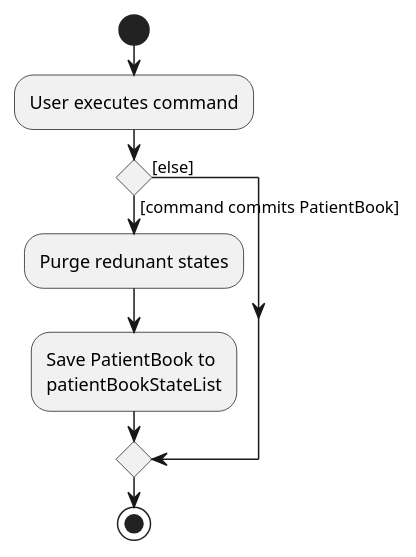
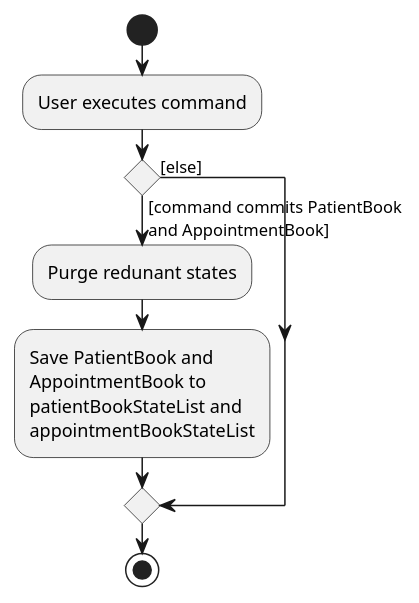
The diagram in docs/diagrams/CommitActivityDiagram.puml (xz0127/tp), drawn with PlantUML before and after one commit. The commit also changed 16 other files, not shown here.

```diff
--- a/docs/diagrams/CommitActivityDiagram.puml
+++ b/docs/diagrams/CommitActivityDiagram.puml
@@ -1,15 +1,18 @@
 @startuml
 start
 :User executes command;
 
 'Since the beta syntax does not support placing the condition outside the
 'diamond we place it as the true branch instead.
 
-if () then ([command commits PatientBook])
+if () then ([command commits PatientBook
+and AppointmentBook])
     :Purge redunant states;
-    :Save PatientBook to
-    patientBookStateList;
+    :Save PatientBook and
+    AppointmentBook to
+    patientBookStateList and
+    appointmentBookStateList;
 else ([else])
 endif
 stop
 @enduml
```
